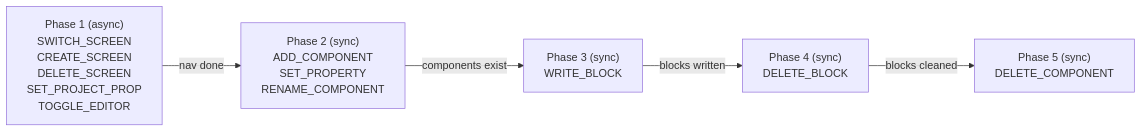
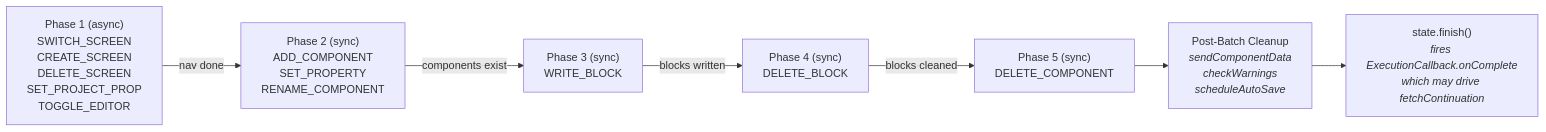
The fourth of 18 diagrams in CONTRIBUTING_AI.md (mit-cml/appinventor-sources), drawn with Mermaid before and after one commit. The commit also changed other lines of this file, not shown here.

````diff
--- a/CONTRIBUTING_AI.md
+++ b/CONTRIBUTING_AI.md
@@ -380,10 +381,13 @@
 ```mermaid
 flowchart LR
     P1["Phase 1 (async)<br/>SWITCH_SCREEN<br/>CREATE_SCREEN<br/>DELETE_SCREEN<br/>SET_PROJECT_PROP<br/>TOGGLE_EDITOR"]
     P2["Phase 2 (sync)<br/>ADD_COMPONENT<br/>SET_PROPERTY<br/>RENAME_COMPONENT"]
     P3["Phase 3 (sync)<br/>WRITE_BLOCK"]
     P4["Phase 4 (sync)<br/>DELETE_BLOCK"]
     P5["Phase 5 (sync)<br/>DELETE_COMPONENT"]
+    Cleanup["Post-Batch Cleanup<br/><i>sendComponentData<br/>checkWarnings<br/>scheduleAutoSave</i>"]
+    Finish["state.finish()<br/><i>fires ExecutionCallback.onComplete<br/>which may drive fetchContinuation</i>"]
 
     P1 -->|"nav done"| P2 -->|"components exist"| P3 -->|"blocks written"| P4 -->|"blocks cleaned"| P5
+    P5 --> Cleanup --> Finish
 ```
````
